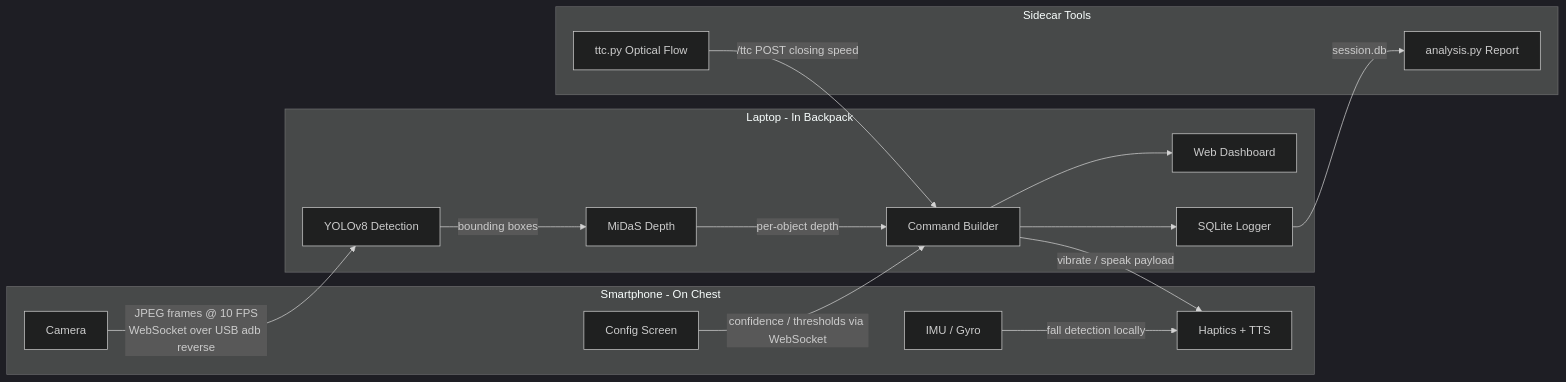
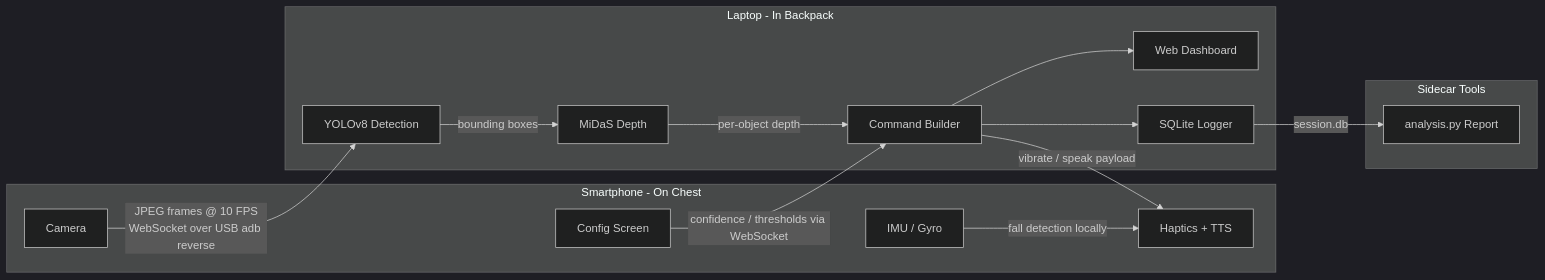
Before and after one commit to waitasecant/nav-assist: the diagram in README.md, drawn with Mermaid (dark theme). The commit also changed other lines of this file, not shown here.

First line of the commit message:
chore: remove optical flow tool reference and update documentation

````diff
--- a/README.md
+++ b/README.md
@@ -13,33 +13,31 @@
 ```mermaid
 graph LR
     subgraph Phone [Smartphone - On Chest]
         CAM[Camera]
         IMU[IMU / Gyro]
         FB[Haptics + TTS]
         CFG[Config Screen]
     end
 
     subgraph PC [Laptop - In Backpack]
         YOLO[YOLOv8 Detection]
         MIDAS[MiDaS Depth]
         CMD[Command Builder]
         DASH[Web Dashboard]
         LOG[SQLite Logger]
     end
 
     subgraph Tools [Sidecar Tools]
-        TTC[ttc.py Optical Flow]
         ANA[analysis.py Report]
     end
 
     CAM -->|JPEG frames @ 10 FPS\nWebSocket over USB adb reverse| YOLO
     YOLO -->|bounding boxes| MIDAS
     MIDAS -->|per-object depth| CMD
     CMD -->|vibrate / speak payload| FB
     IMU -->|fall detection locally| FB
     CFG -->|confidence / thresholds via WebSocket| CMD
     CMD --> LOG
     CMD --> DASH
-    TTC -->|/ttc POST closing speed| CMD
     LOG -->|session.db| ANA
 ```
````
